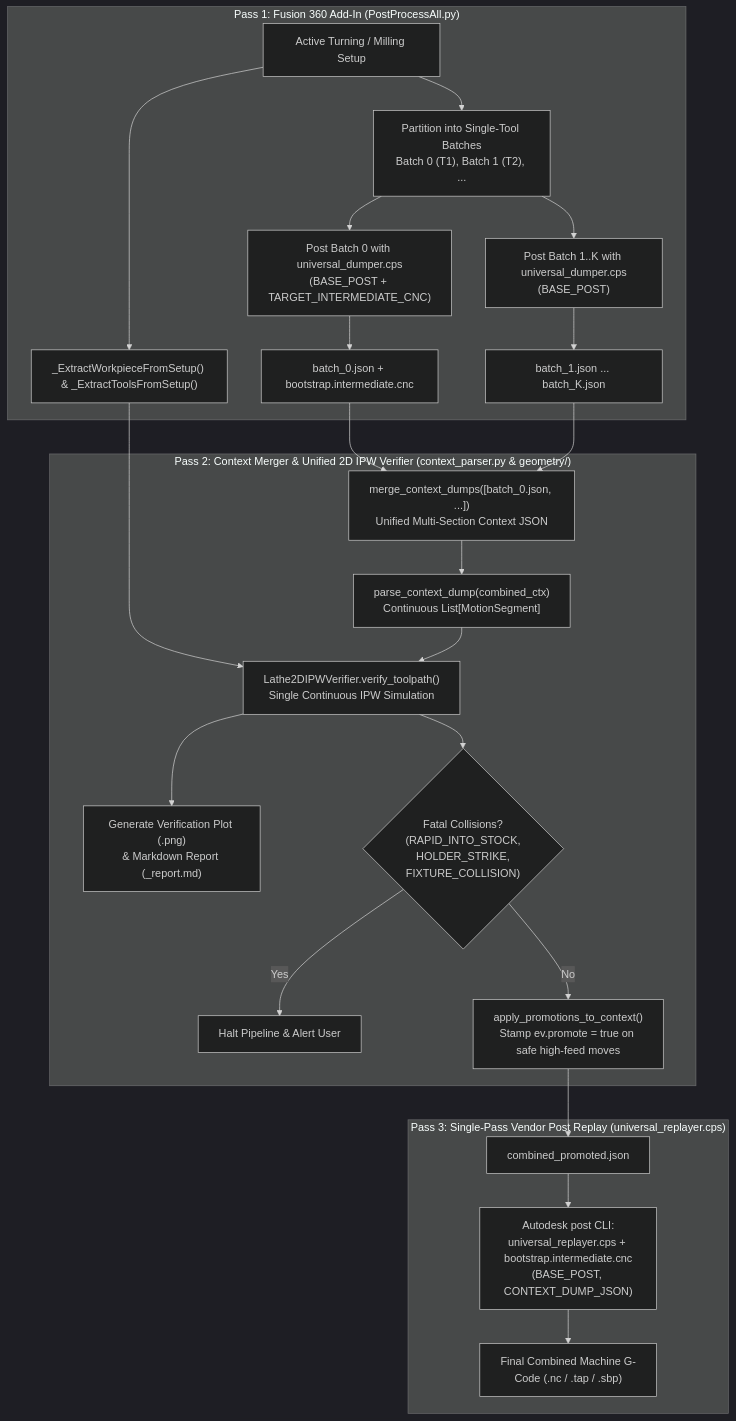
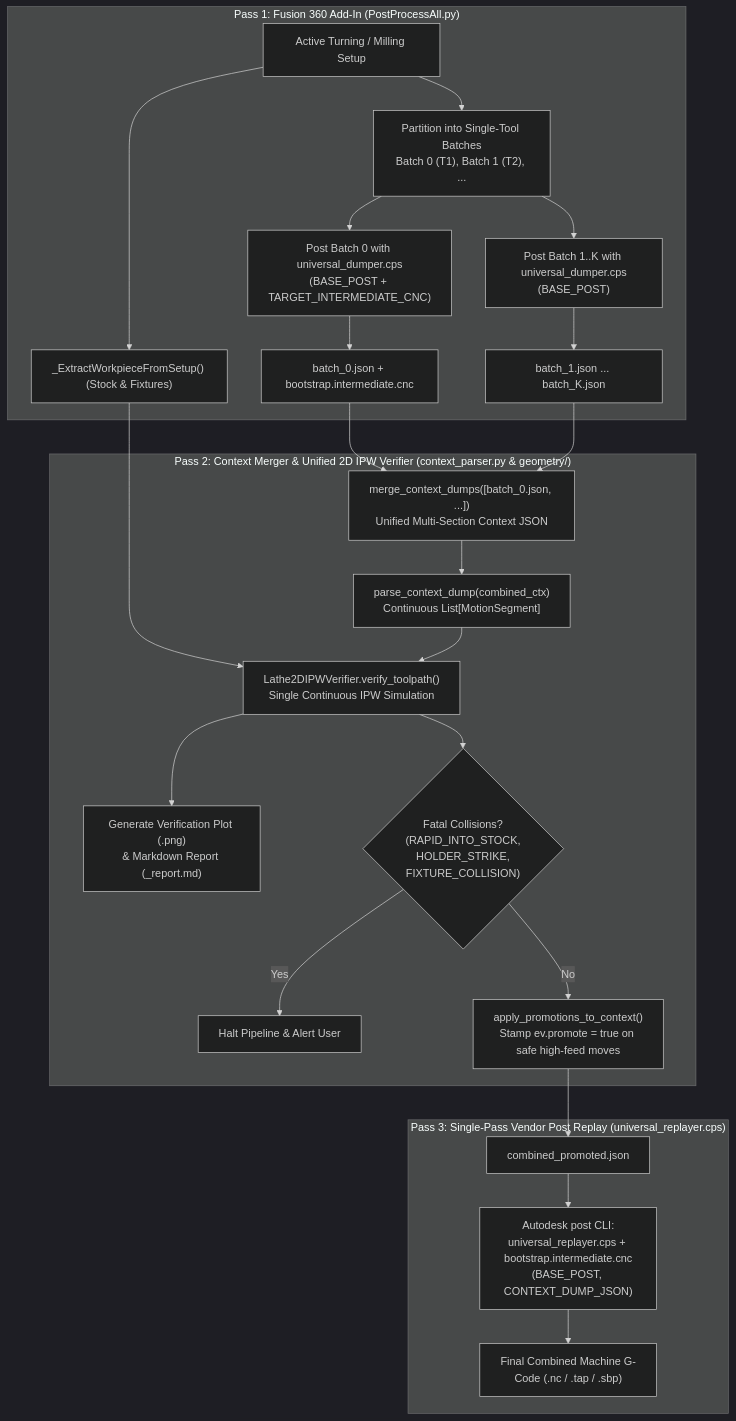
The diagram in docs/architecture_and_interfaces.md (vfurman-gh/Fusion360-Batch-Post), drawn with Mermaid (dark theme) before and after one commit. The commit also changed 4 other files, not shown here.

````diff
--- a/docs/architecture_and_interfaces.md
+++ b/docs/architecture_and_interfaces.md
@@ -39,28 +39,28 @@
 ```mermaid
 flowchart TD
     subgraph Fusion["Pass 1: Fusion 360 Add-In (PostProcessAll.py)"]
-        Setup["Active Turning / Milling Setup"] --> ExtractModel["_ExtractWorkpieceFromSetup() & _ExtractToolsFromSetup()"]
+        Setup["Active Turning / Milling Setup"] --> ExtractModel["_ExtractWorkpieceFromSetup() (Stock & Fixtures)"]
         Setup --> Partition["Partition into Single-Tool Batches\nBatch 0 (T1), Batch 1 (T2), ..."]
         Partition --> Dump0["Post Batch 0 with universal_dumper.cps\n(BASE_POST + TARGET_INTERMEDIATE_CNC)"]
         Partition --> Dump1["Post Batch 1..K with universal_dumper.cps\n(BASE_POST)"]
         Dump0 --> JSON0["batch_0.json + bootstrap.intermediate.cnc"]
         Dump1 --> JSON1["batch_1.json ... batch_K.json"]
     end
 
     subgraph Python["Pass 2: Context Merger & Unified 2D IPW Verifier (context_parser.py & geometry/)"]
         JSON0 & JSON1 --> Merger["merge_context_dumps([batch_0.json, ...])\nUnified Multi-Section Context JSON"]
         Merger --> Parser["parse_context_dump(combined_ctx)\nContinuous List[MotionSegment]"]
         ExtractModel --> Verifier["Lathe2DIPWVerifier.verify_toolpath()\nSingle Continuous IPW Simulation"]
         Parser --> Verifier
         Verifier --> Artifacts["Generate Verification Plot (.png)\n& Markdown Report (_report.md)"]
         Verifier --> Gate{"Fatal Collisions?\n(RAPID_INTO_STOCK,\nHOLDER_STRIKE,\nFIXTURE_COLLISION)"}
         Gate -- "Yes" --> Halt["Halt Pipeline & Alert User"]
         Gate -- "No" --> Promote["apply_promotions_to_context()\nStamp ev.promote = true on safe high-feed moves"]
     end
 
     subgraph Replay["Pass 3: Single-Pass Vendor Post Replay (universal_replayer.cps)"]
         Promote --> PromotedJSON["combined_promoted.json"]
         PromotedJSON --> Replayer["Autodesk post CLI:\nuniversal_replayer.cps + bootstrap.intermediate.cnc\n(BASE_POST, CONTEXT_DUMP_JSON)"]
         Replayer --> FinalNC["Final Combined Machine G-Code (.nc / .tap / .sbp)"]
     end
 ```
````
